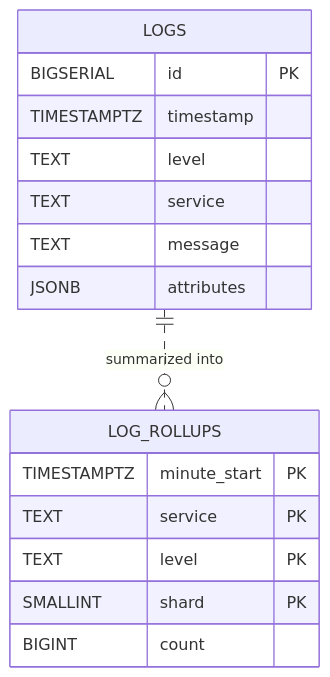
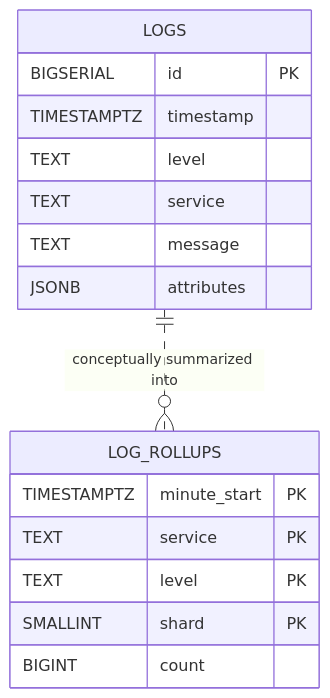
Before and after one commit to maiaburaad/fastify-log-api: the second of 9 diagrams in README.md, drawn with Mermaid. The commit also changed other lines of this file, not shown here.

````diff
--- a/README.md
+++ b/README.md
@@ -152,21 +141,21 @@
 ```mermaid
 erDiagram
     LOGS {
         BIGSERIAL id PK
         TIMESTAMPTZ timestamp
         TEXT level
         TEXT service
         TEXT message
         JSONB attributes
     }
 
     LOG_ROLLUPS {
         TIMESTAMPTZ minute_start PK
         TEXT service PK
         TEXT level PK
         SMALLINT shard PK
         BIGINT count
     }
 
-    LOGS ||..o{ LOG_ROLLUPS : "summarized into"
+    LOGS ||..o{ LOG_ROLLUPS : "conceptually summarized into"
 ```
````
